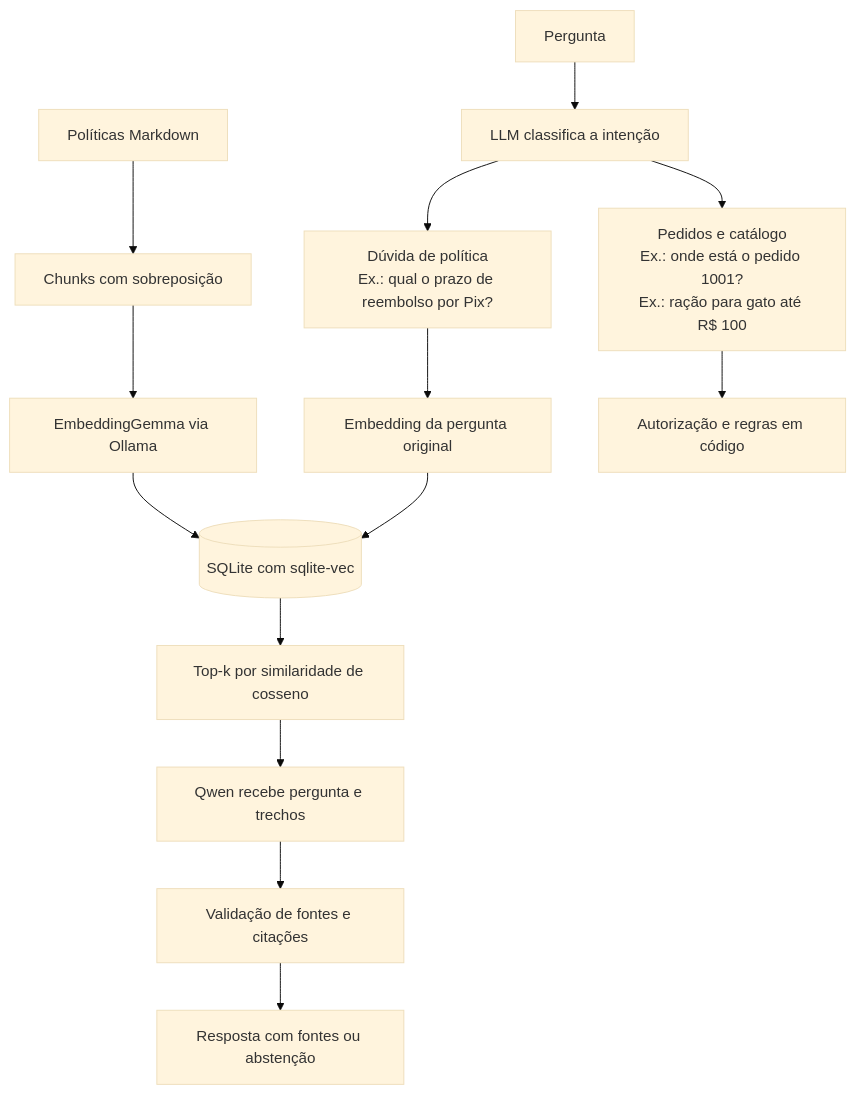
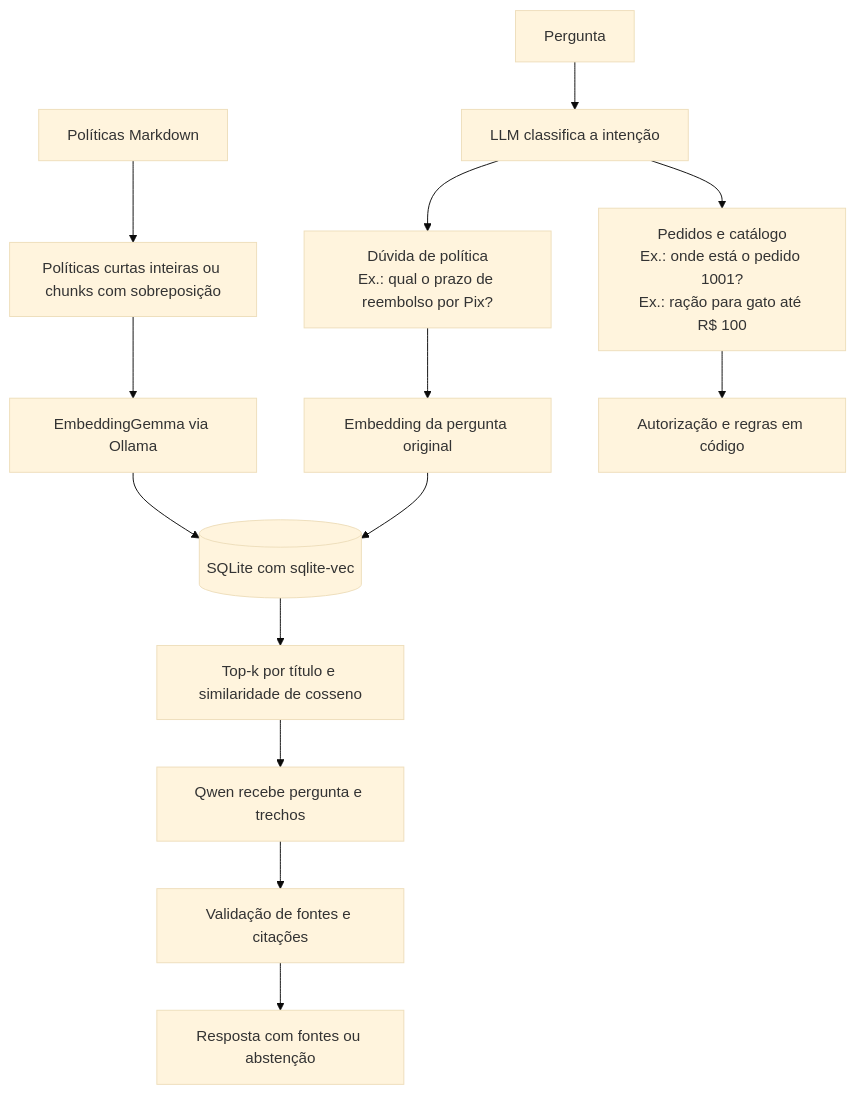
One commit to MatheusAkira/Petz changed the diagram in README.md. Above: the diagram before and after it, drawn with Mermaid (base theme). The commit also changed other lines of this file and 20 other files, not shown here.

````diff
--- a/README.md
+++ b/README.md
@@ -100,16 +108,16 @@
 ```mermaid
 flowchart TD
-    M[Políticas Markdown] --> C[Chunks com sobreposição]
+    M[Políticas Markdown] --> C[Políticas curtas inteiras ou chunks com sobreposição]
     C --> E[EmbeddingGemma via Ollama]
     E --> DB[(SQLite com sqlite-vec)]
     Q[Pergunta] --> L[LLM classifica a intenção]
     L --> P["Dúvida de política<br/>Ex.: qual o prazo de reembolso por Pix?"]
     P --> EQ[Embedding da pergunta original]
     EQ --> DB
-    DB --> K[Top-k por similaridade de cosseno]
+    DB --> K[Top-k por título e similaridade de cosseno]
     K --> G[Qwen recebe pergunta e trechos]
     G --> V[Validação de fontes e citações]
     V --> R[Resposta com fontes ou abstenção]
     L --> T["Pedidos e catálogo<br/>Ex.: onde está o pedido 1001?<br/>Ex.: ração para gato até R$ 100"]
     T --> A[Autorização e regras em código]
 ```
````
